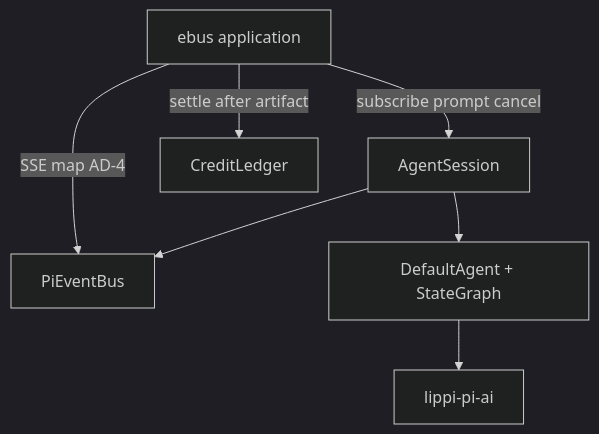
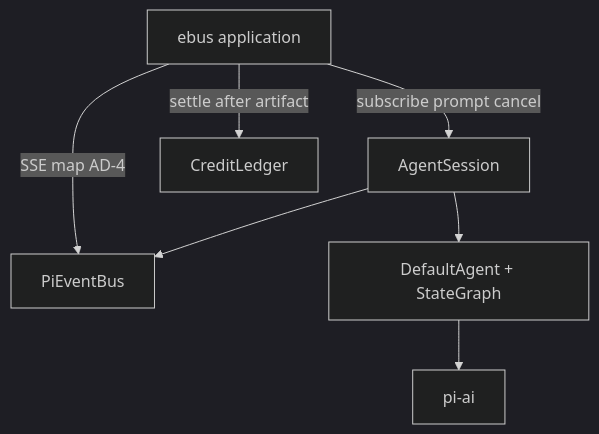
The first of 3 diagrams in sdd/planning-artifacts/architecture/architecture-pi-agent-slim-2026-09-25/ARCHITECTURE-SPINE.md (xiaoyanwjw/forma), drawn with Mermaid (dark theme) before and after one commit. The commit also changed other lines of this file and 1353 other files, not shown here.

````diff
--- a/sdd/planning-artifacts/architecture/architecture-pi-agent-slim-2026-09-25/ARCHITECTURE-SPINE.md
+++ b/sdd/planning-artifacts/architecture/architecture-pi-agent-slim-2026-09-25/ARCHITECTURE-SPINE.md
@@ -34,9 +34,9 @@
 ```mermaid
 flowchart TB
   App[ebus application] -->|subscribe prompt cancel| AS[AgentSession]
   AS --> Bus[PiEventBus]
   AS --> Loop[DefaultAgent + StateGraph]
-  Loop --> PiAI[lippi-pi-ai]
+  Loop --> PiAI[pi-ai]
   App -->|SSE map AD-4| Bus
   App -->|settle after artifact| CL[CreditLedger]
 ```
````
